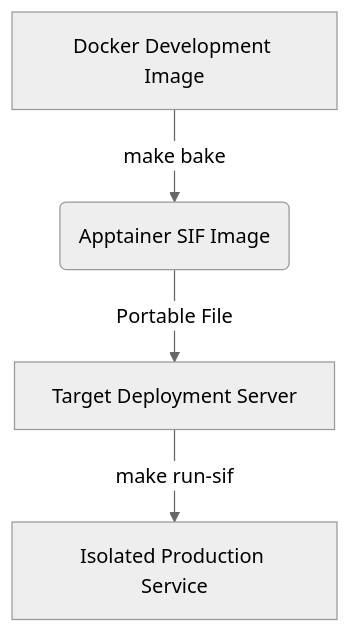
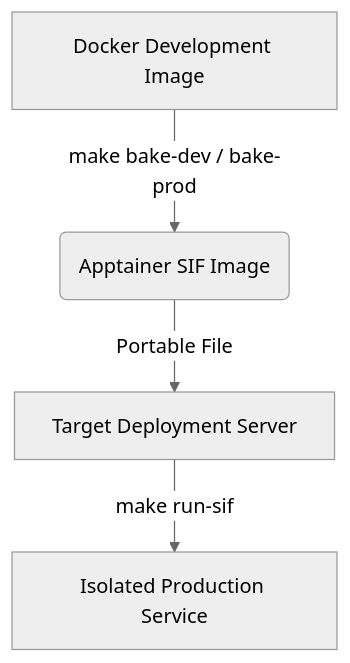
Before and after one commit to Lee-hwansoo/DevKit: the fourth of 5 diagrams in README.md, drawn with Mermaid (neutral theme). The commit also changed other lines of this file and 43 other files, not shown here.

````diff
--- a/README.md
+++ b/README.md
@@ -562,6 +577,6 @@
 ```mermaid
 graph TD
-    A[Docker Development Image] -->|make bake| B(Apptainer SIF Image)
+    A[Docker Development Image] -->|make bake-dev / bake-prod| B(Apptainer SIF Image)
     B -->|Portable File| C[Target Deployment Server]
     C -->|make run-sif| D[Isolated Production Service]
 ```
````
